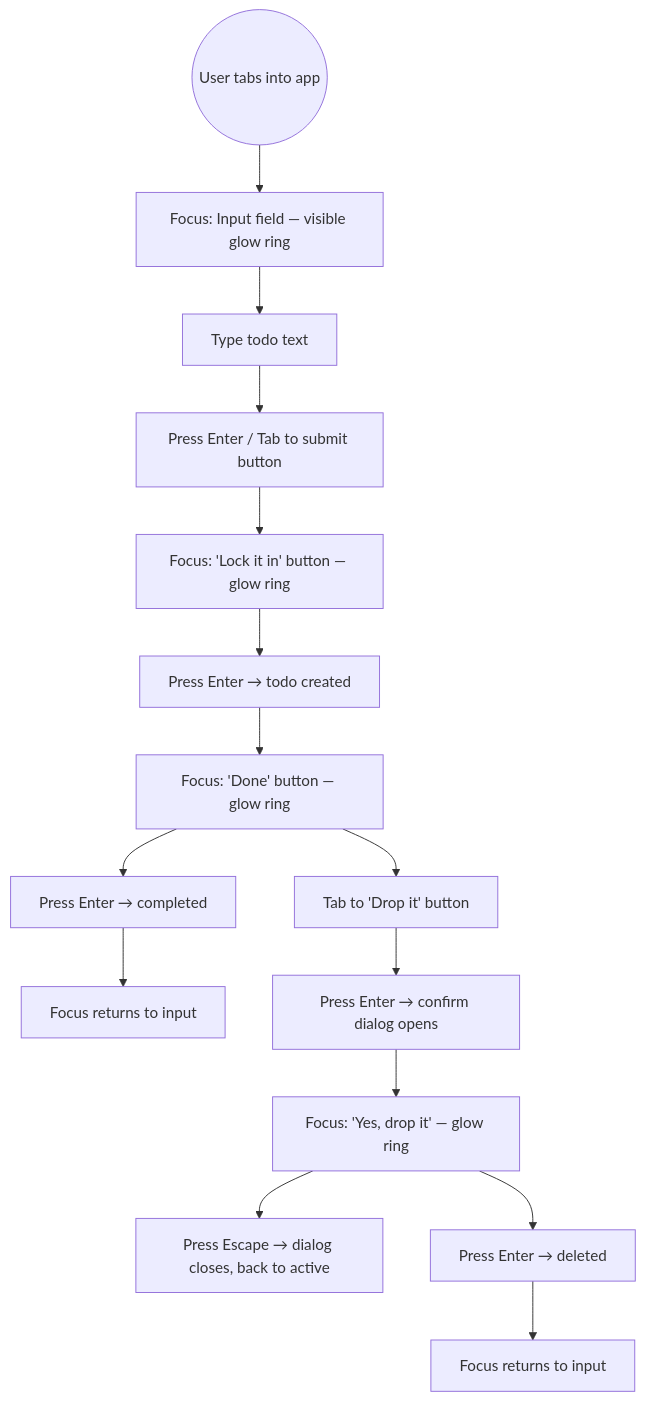
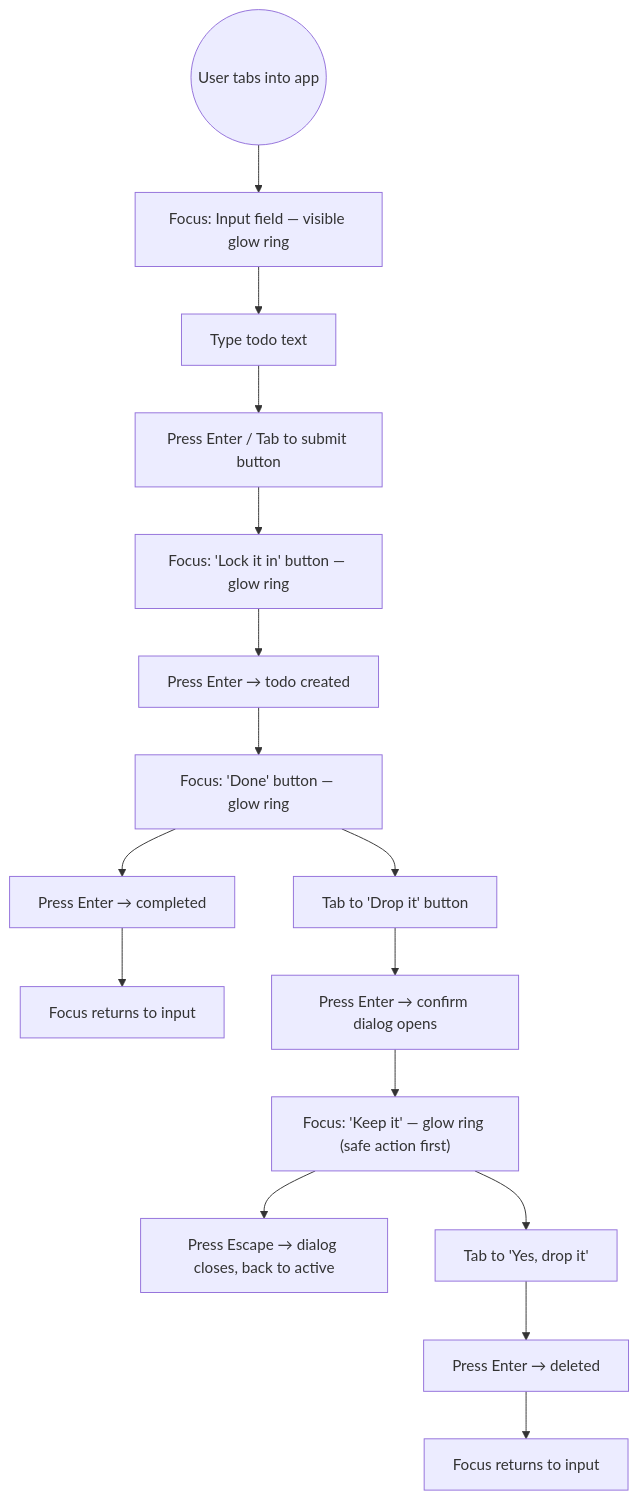
One commit to b0ndt/single-todo changed the fifth of 7 diagrams in docs/design/00-user-flows.md. Above: the diagram before and after it, drawn with Mermaid. The commit also changed other lines of this file and 4 other files, not shown here.

First line of the commit message:
design: create visual-prompts.md, enhance brand identity, content guide, user flows, and design system

````diff
--- a/docs/design/00-user-flows.md
+++ b/docs/design/00-user-flows.md
@@ -94,18 +94,19 @@
 ```mermaid
 flowchart TD
     TAB_IN((User tabs into app)) --> FOCUS_INPUT[Focus: Input field — visible glow ring]
     FOCUS_INPUT --> TYPE[Type todo text]
     TYPE --> ENTER["Press Enter / Tab to submit button"]
     ENTER --> FOCUS_SUBMIT[Focus: 'Lock it in' button — glow ring]
     FOCUS_SUBMIT --> SUBMIT[Press Enter → todo created]
     SUBMIT --> FOCUS_DONE[Focus: 'Done' button — glow ring]
     FOCUS_DONE --> COMPLETE["Press Enter → completed"]
     COMPLETE --> FOCUS_INPUT_2[Focus returns to input]
     
     FOCUS_DONE --> TAB_DELETE[Tab to 'Drop it' button]
     TAB_DELETE --> PRESS_DELETE[Press Enter → confirm dialog opens]
-    PRESS_DELETE --> FOCUS_CONFIRM["Focus: 'Yes, drop it' — glow ring"]
+    PRESS_DELETE --> FOCUS_CONFIRM["Focus: 'Keep it' — glow ring (safe action first)"]
     FOCUS_CONFIRM --> ESC[Press Escape → dialog closes, back to active]
-    FOCUS_CONFIRM --> CONFIRM_ENTER[Press Enter → deleted]
+    FOCUS_CONFIRM --> TAB_DROP["Tab to 'Yes, drop it'"]
+    TAB_DROP --> CONFIRM_ENTER[Press Enter → deleted]
     CONFIRM_ENTER --> FOCUS_INPUT_3[Focus returns to input]
 ```
````
